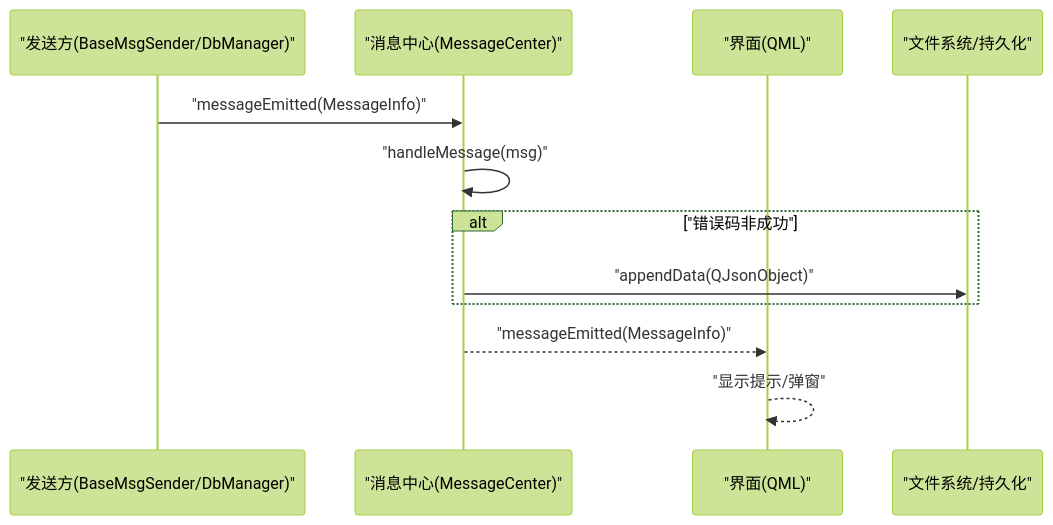
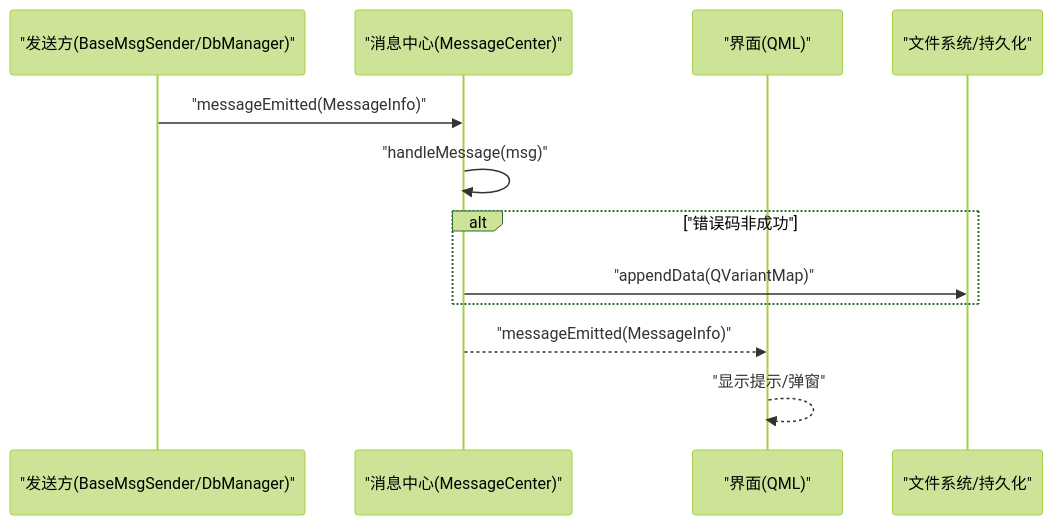
One commit to ihula/QmlPlugins changed the second of 8 diagrams in .qoder/repowiki/zh/content/核心模块/消息中心模块.md. Above: the diagram before and after it, drawn with Mermaid (forest theme). The commit also changed other lines of this file and 13 other files, not shown here.

````diff
--- a/.qoder/repowiki/zh/content/核心模块/消息中心模块.md
+++ b/.qoder/repowiki/zh/content/核心模块/消息中心模块.md
@@ -111,14 +102,14 @@
 ```mermaid
 sequenceDiagram
 participant Sender as "发送方(BaseMsgSender/DbManager)"
 participant Center as "消息中心(MessageCenter)"
 participant UI as "界面(QML)"
 participant FS as "文件系统/持久化"
 Sender->>Center : "messageEmitted(MessageInfo)"
 Center->>Center : "handleMessage(msg)"
 alt "错误码非成功"
-Center->>FS : "appendData(QJsonObject)"
+Center->>FS : "appendData(QVariantMap)"
 end
 Center-->>UI : "messageEmitted(MessageInfo)"
 UI-->>UI : "显示提示/弹窗"
 ```
````
